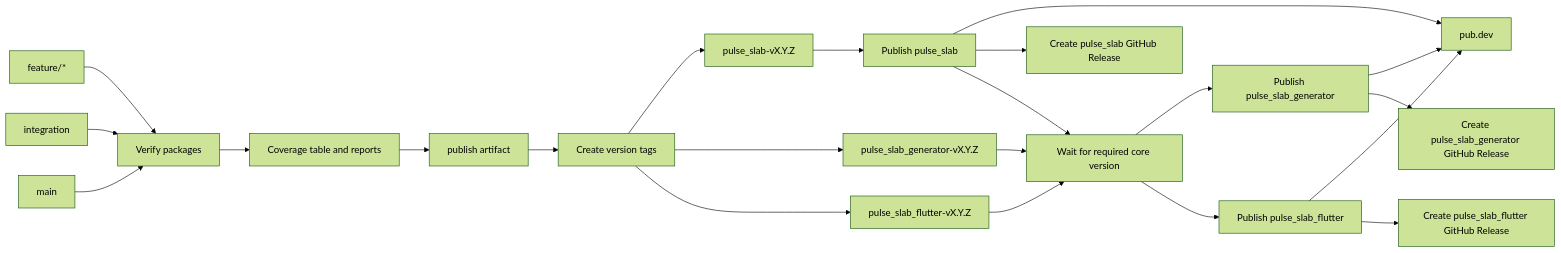
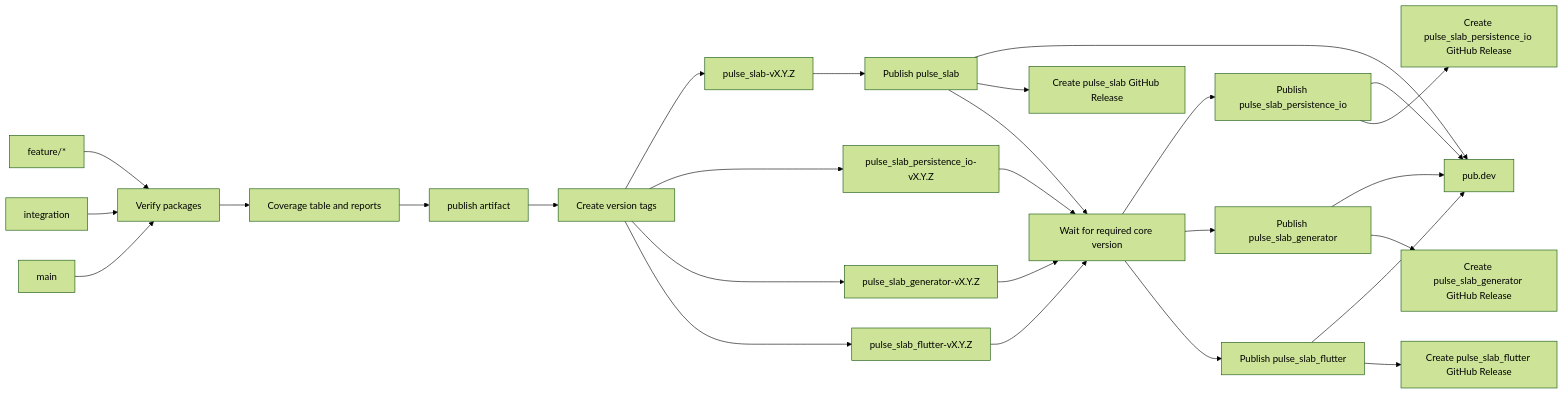
One commit to JohannesHupp/pulse_slab changed the diagram in docs/releasing.md. Above: the diagram before and after it, drawn with Mermaid (forest theme). The commit also changed other lines of this file and 30 other files, not shown here.

Commit message:
feat(persistence): add optional PulseStore capture journal

```diff
--- a/docs/releasing.md
+++ b/docs/releasing.md
@@ -13,24 +13,29 @@
 ~~~mermaid
 flowchart LR
   Feature[feature/*] --> Verify[Verify packages]
   Integration[integration] --> Verify
   Main[main] --> Verify
   Verify --> Coverage[Coverage table and reports]
   Coverage --> Snapshot[publish artifact]
   Snapshot --> Tags[Create version tags]
   Tags --> CoreTag[pulse_slab-vX.Y.Z]
+  Tags --> PersistenceTag[pulse_slab_persistence_io-vX.Y.Z]
   Tags --> GeneratorTag[pulse_slab_generator-vX.Y.Z]
   Tags --> FlutterTag[pulse_slab_flutter-vX.Y.Z]
   CoreTag --> CorePublish[Publish pulse_slab]
+  PersistenceTag --> Wait[Wait for required core version]
   GeneratorTag --> Wait[Wait for required core version]
   FlutterTag --> Wait[Wait for required core version]
   CorePublish --> PubDev[pub.dev]
   CorePublish --> CoreRelease[Create pulse_slab GitHub Release]
   CorePublish --> Wait
+  Wait --> PersistencePublish[Publish pulse_slab_persistence_io]
   Wait --> GeneratorPublish[Publish pulse_slab_generator]
   Wait --> FlutterPublish[Publish pulse_slab_flutter]
+  PersistencePublish --> PubDev
+  PersistencePublish --> PersistenceRelease[Create pulse_slab_persistence_io GitHub Release]
   GeneratorPublish --> PubDev
   GeneratorPublish --> GeneratorRelease[Create pulse_slab_generator GitHub Release]
   FlutterPublish --> PubDev
   FlutterPublish --> FlutterRelease[Create pulse_slab_flutter GitHub Release]
 ~~~
```
